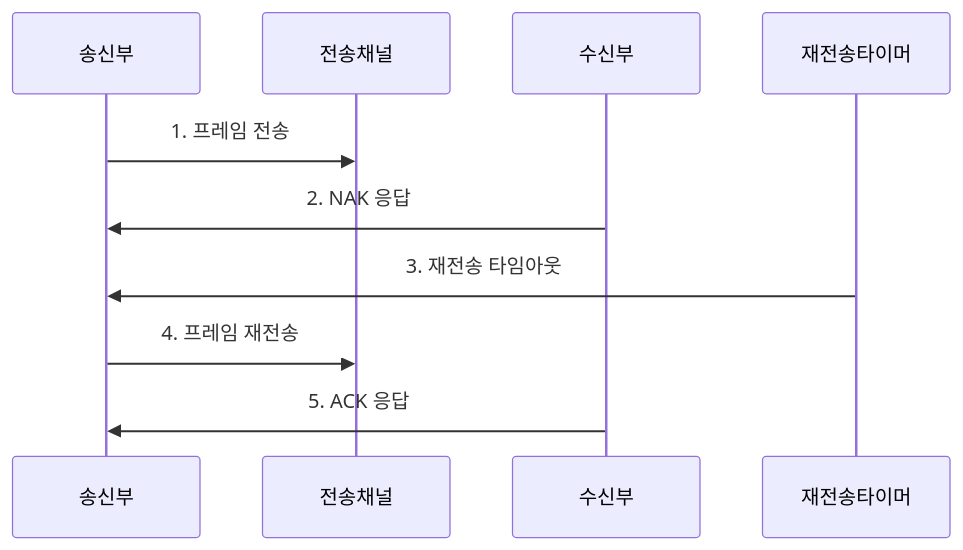
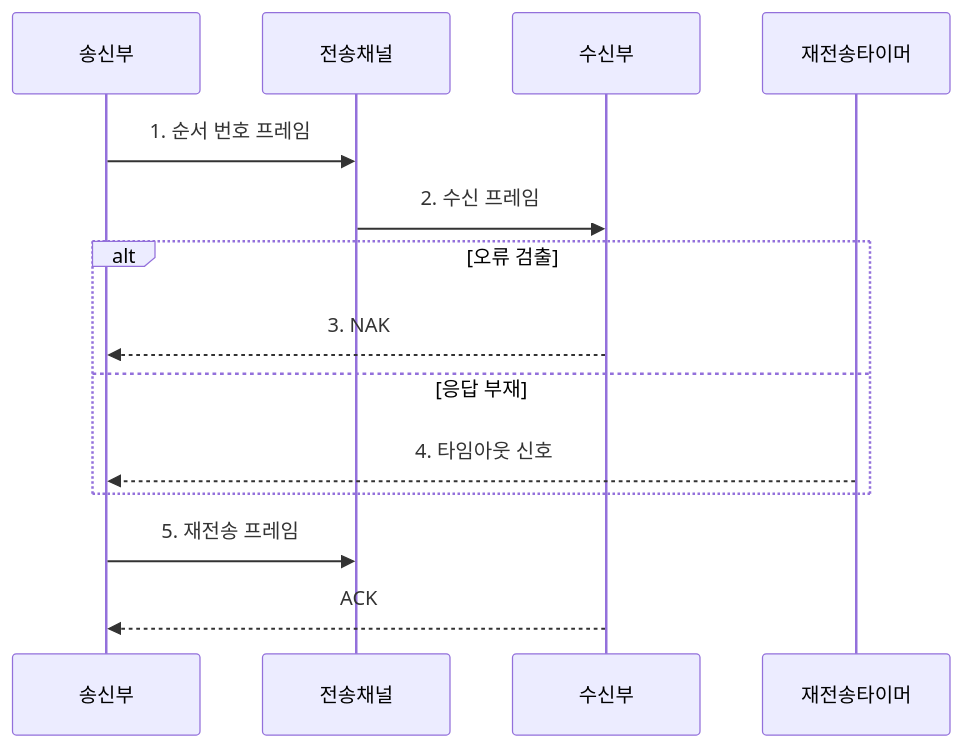
Before and after one commit to agnusdei1207/knowledge-base: the second of 2 diagrams in src/content/docs/notes/04-network/027_arq_error_control.md, drawn with Mermaid. The commit also changed other lines of this file and 20 other files, not shown here.

````diff
--- a/src/content/docs/notes/04-network/027_arq_error_control.md
+++ b/src/content/docs/notes/04-network/027_arq_error_control.md
@@ -85,12 +84,16 @@
 ```mermaid
 sequenceDiagram
     participant 송신부
     participant 전송채널
     participant 수신부
     participant 재전송타이머
-    송신부->>전송채널: 1. 프레임 전송
-    수신부->>송신부: 2. NAK 응답
-    재전송타이머->>송신부: 3. 재전송 타임아웃
-    송신부->>전송채널: 4. 프레임 재전송
-    수신부->>송신부: 5. ACK 응답
+    송신부->>전송채널: 1. 순서 번호 프레임
+    전송채널->>수신부: 2. 수신 프레임
+    alt 오류 검출
+        수신부-->>송신부: 3. NAK
+    else 응답 부재
+        재전송타이머-->>송신부: 4. 타임아웃 신호
+    end
+    송신부->>전송채널: 5. 재전송 프레임
+    수신부-->>송신부: ACK
 ```
````
